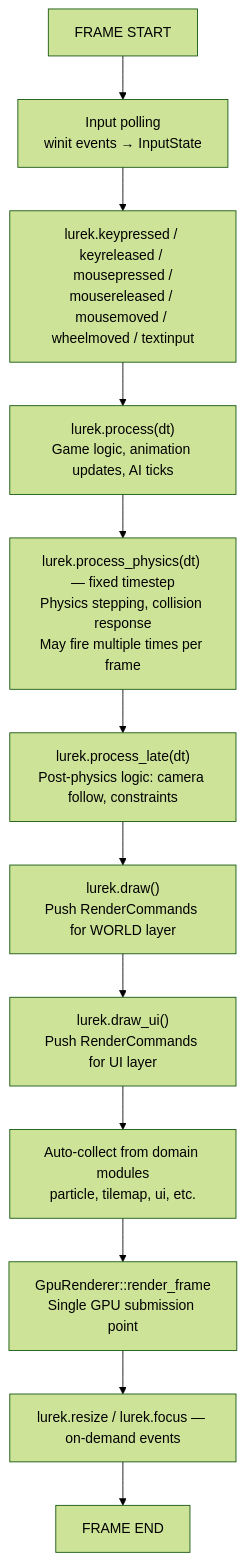
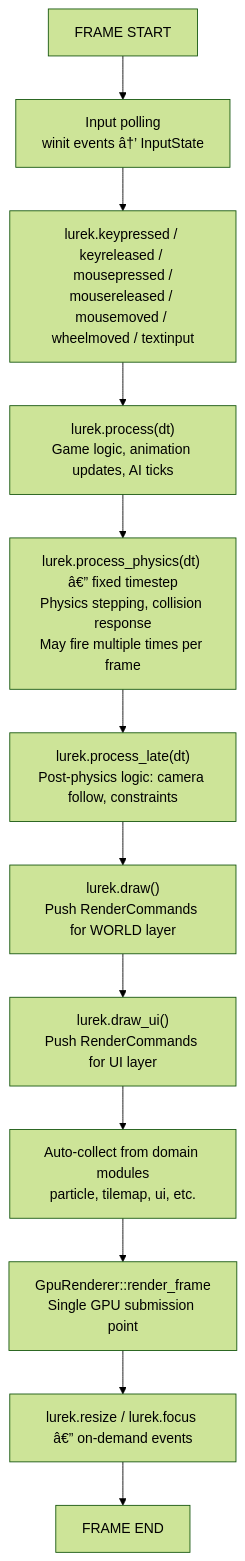
One commit to Lurek2D/lurek_2d changed the third of 7 diagrams in docs/architecture/engine-architecture.md. Above: the diagram before and after it, drawn with Mermaid (forest theme). The commit also changed other lines of this file and 174 other files, not shown here.

````diff
--- a/docs/architecture/engine-architecture.md
+++ b/docs/architecture/engine-architecture.md
@@ -261,14 +261,14 @@
 ```mermaid
 flowchart TD
-    A[FRAME START] --> B[Input polling<br/>winit events → InputState]
+    A[FRAME START] --> B[Input polling<br/>winit events â†’ InputState]
     B --> C[lurek.keypressed / keyreleased / mousepressed /<br/>mousereleased / mousemoved / wheelmoved / textinput]
     C --> D["lurek.process(dt)<br/>Game logic, animation updates, AI ticks"]
-    D --> E["lurek.process_physics(dt) — fixed timestep<br/>Physics stepping, collision response<br/>May fire multiple times per frame"]
+    D --> E["lurek.process_physics(dt) â€” fixed timestep<br/>Physics stepping, collision response<br/>May fire multiple times per frame"]
     E --> F["lurek.process_late(dt)<br/>Post-physics logic: camera follow, constraints"]
     F --> G["lurek.draw()<br/>Push RenderCommands for WORLD layer"]
     G --> H["lurek.draw_ui()<br/>Push RenderCommands for UI layer"]
     H --> I[Auto-collect from domain modules<br/>particle, tilemap, ui, etc.]
     I --> J["GpuRenderer::render_frame<br/>Single GPU submission point"]
-    J --> K["lurek.resize / lurek.focus — on-demand events"]
+    J --> K["lurek.resize / lurek.focus â€” on-demand events"]
     K --> L[FRAME END]
 ```
````
